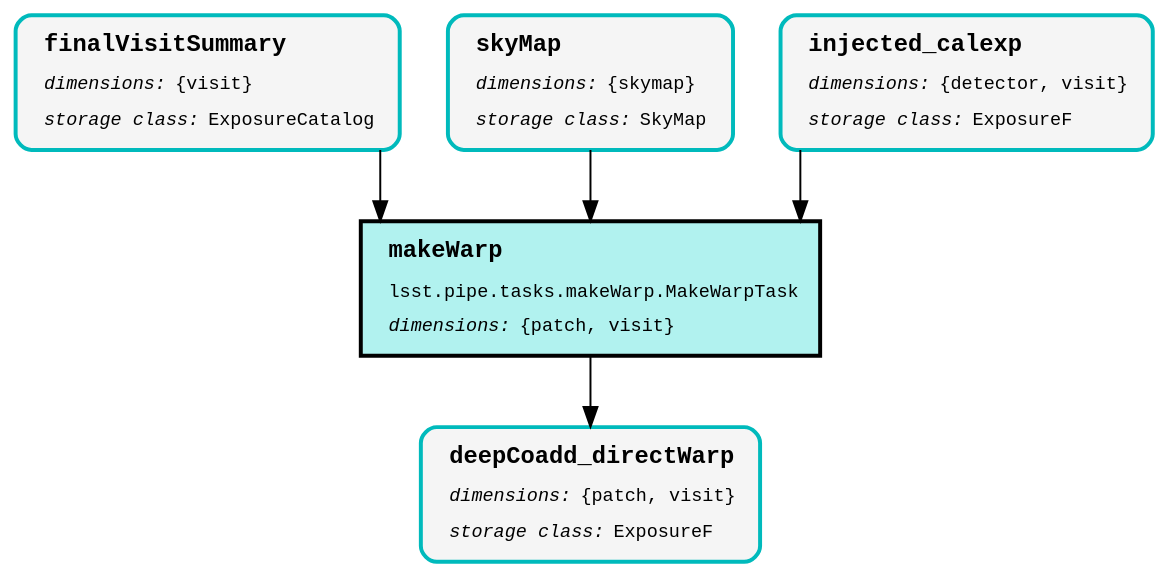
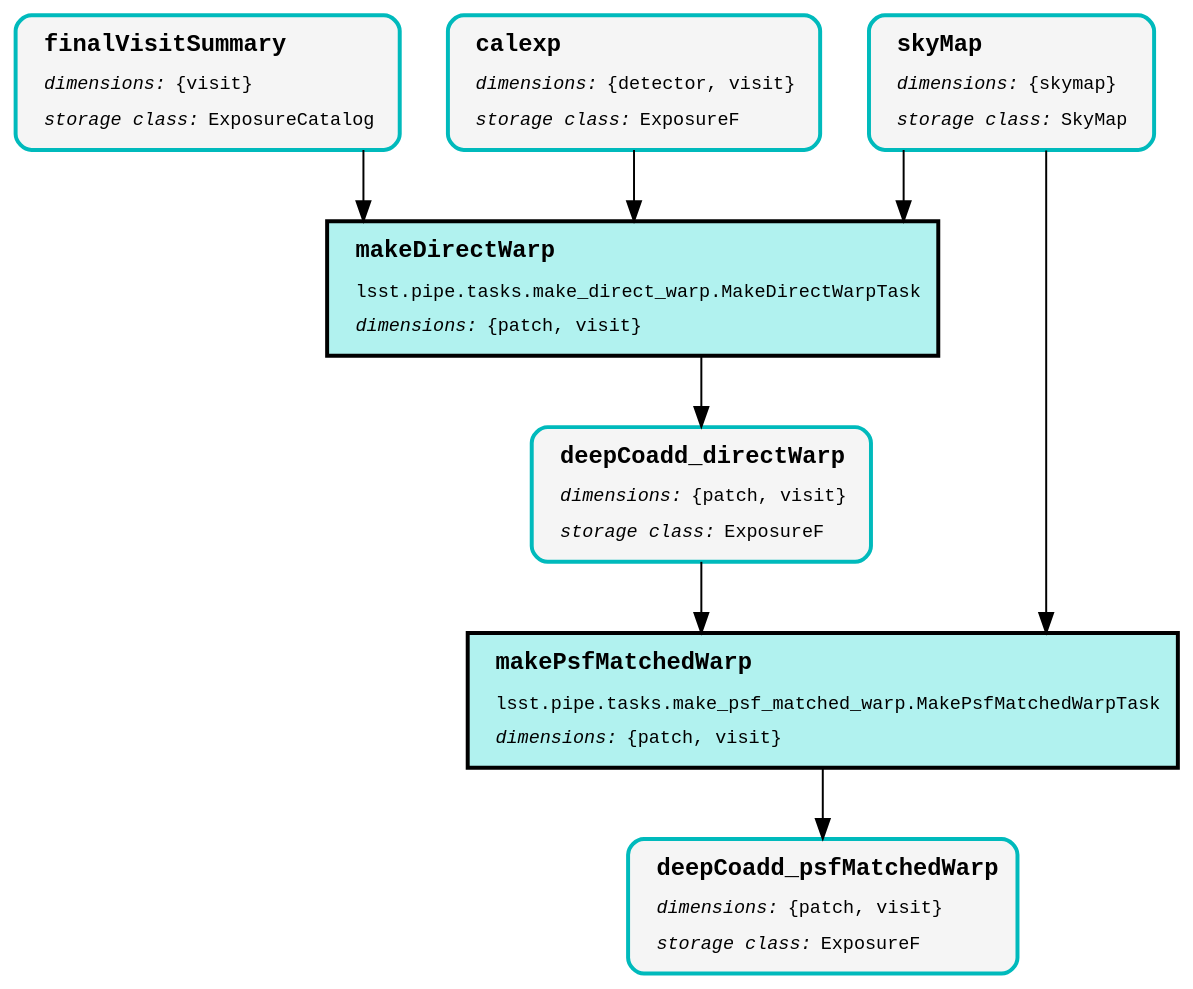
The diagram in pipelines/DRP/step3a/pipeline.dot (dirac-institute/proc-decam), drawn with Graphviz before and after one commit. The commit also changed 67 other files, not shown here.

```diff
--- a/pipelines/DRP/step3a/pipeline.dot
+++ b/pipelines/DRP/step3a/pipeline.dot
@@ -1,14 +1,19 @@
 digraph Pipeline {
 graph [splines="ortho", nodesep="0.5", ranksep="0.75"];
 node [shape="box", fontname="Monospace", fontsize="14", margin="0.2,0.1", penwidth="3"];
 edge [color="black", arrowsize="1.5", penwidth="1.5", pad="10mm"];
-"makeWarp:2" [style="filled", color="black", fillcolor="#B1F2EF", label=<<TABLE BORDER="0" CELLPADDING="5"><TR><TD ALIGN="LEFT"><B><FONT POINT-SIZE="18">makeWarp</FONT></B></TD></TR><TR><TD ALIGN="LEFT">lsst.pipe.tasks.makeWarp.MakeWarpTask</TD></TR><TR><TD ALIGN="LEFT"><I>dimensions:</I>&nbsp;{patch, visit}</TD></TR></TABLE>>];
+"makeDirectWarp:2" [style="filled", color="black", fillcolor="#B1F2EF", label=<<TABLE BORDER="0" CELLPADDING="5"><TR><TD ALIGN="LEFT"><B><FONT POINT-SIZE="18">makeDirectWarp</FONT></B></TD></TR><TR><TD ALIGN="LEFT">lsst.pipe.tasks.make_direct_warp.MakeDirectWarpTask</TD></TR><TR><TD ALIGN="LEFT"><I>dimensions:</I>&nbsp;{patch, visit}</TD></TR></TABLE>>];
 "finalVisitSummary:0" [style="rounded,filled,bold", color="#00BABC", fillcolor="#F5F5F5", label=<<TABLE BORDER="0" CELLPADDING="5"><TR><TD ALIGN="LEFT"><B><FONT POINT-SIZE="18">finalVisitSummary</FONT></B></TD></TR><TR><TD ALIGN="LEFT"><I>dimensions:</I>&nbsp;{visit}</TD></TR><TR><TD ALIGN="LEFT"><I>storage class:</I>&nbsp;ExposureCatalog</TD></TR></TABLE>>];
+"calexp:0" [style="rounded,filled,bold", color="#00BABC", fillcolor="#F5F5F5", label=<<TABLE BORDER="0" CELLPADDING="5"><TR><TD ALIGN="LEFT"><B><FONT POINT-SIZE="18">calexp</FONT></B></TD></TR><TR><TD ALIGN="LEFT"><I>dimensions:</I>&nbsp;{detector, visit}</TD></TR><TR><TD ALIGN="LEFT"><I>storage class:</I>&nbsp;ExposureF</TD></TR></TABLE>>];
 "skyMap:0" [style="rounded,filled,bold", color="#00BABC", fillcolor="#F5F5F5", label=<<TABLE BORDER="0" CELLPADDING="5"><TR><TD ALIGN="LEFT"><B><FONT POINT-SIZE="18">skyMap</FONT></B></TD></TR><TR><TD ALIGN="LEFT"><I>dimensions:</I>&nbsp;{skymap}</TD></TR><TR><TD ALIGN="LEFT"><I>storage class:</I>&nbsp;SkyMap</TD></TR></TABLE>>];
-"injected_calexp:0" [style="rounded,filled,bold", color="#00BABC", fillcolor="#F5F5F5", label=<<TABLE BORDER="0" CELLPADDING="5"><TR><TD ALIGN="LEFT"><B><FONT POINT-SIZE="18">injected_calexp</FONT></B></TD></TR><TR><TD ALIGN="LEFT"><I>dimensions:</I>&nbsp;{detector, visit}</TD></TR><TR><TD ALIGN="LEFT"><I>storage class:</I>&nbsp;ExposureF</TD></TR></TABLE>>];
 "deepCoadd_directWarp:0" [style="rounded,filled,bold", color="#00BABC", fillcolor="#F5F5F5", label=<<TABLE BORDER="0" CELLPADDING="5"><TR><TD ALIGN="LEFT"><B><FONT POINT-SIZE="18">deepCoadd_directWarp</FONT></B></TD></TR><TR><TD ALIGN="LEFT"><I>dimensions:</I>&nbsp;{patch, visit}</TD></TR><TR><TD ALIGN="LEFT"><I>storage class:</I>&nbsp;ExposureF</TD></TR></TABLE>>];
-"makeWarp:2" -> "deepCoadd_directWarp:0";
-"finalVisitSummary:0" -> "makeWarp:2";
-"skyMap:0" -> "makeWarp:2";
-"injected_calexp:0" -> "makeWarp:2";
+"makePsfMatchedWarp:2" [style="filled", color="black", fillcolor="#B1F2EF", label=<<TABLE BORDER="0" CELLPADDING="5"><TR><TD ALIGN="LEFT"><B><FONT POINT-SIZE="18">makePsfMatchedWarp</FONT></B></TD></TR><TR><TD ALIGN="LEFT">lsst.pipe.tasks.make_psf_matched_warp.MakePsfMatchedWarpTask</TD></TR><TR><TD ALIGN="LEFT"><I>dimensions:</I>&nbsp;{patch, visit}</TD></TR></TABLE>>];
+"deepCoadd_psfMatchedWarp:0" [style="rounded,filled,bold", color="#00BABC", fillcolor="#F5F5F5", label=<<TABLE BORDER="0" CELLPADDING="5"><TR><TD ALIGN="LEFT"><B><FONT POINT-SIZE="18">deepCoadd_psfMatchedWarp</FONT></B></TD></TR><TR><TD ALIGN="LEFT"><I>dimensions:</I>&nbsp;{patch, visit}</TD></TR><TR><TD ALIGN="LEFT"><I>storage class:</I>&nbsp;ExposureF</TD></TR></TABLE>>];
+"makeDirectWarp:2" -> "deepCoadd_directWarp:0";
+"finalVisitSummary:0" -> "makeDirectWarp:2";
+"calexp:0" -> "makeDirectWarp:2";
+"skyMap:0" -> "makeDirectWarp:2";
+"skyMap:0" -> "makePsfMatchedWarp:2";
+"deepCoadd_directWarp:0" -> "makePsfMatchedWarp:2";
+"makePsfMatchedWarp:2" -> "deepCoadd_psfMatchedWarp:0";
 }
```
